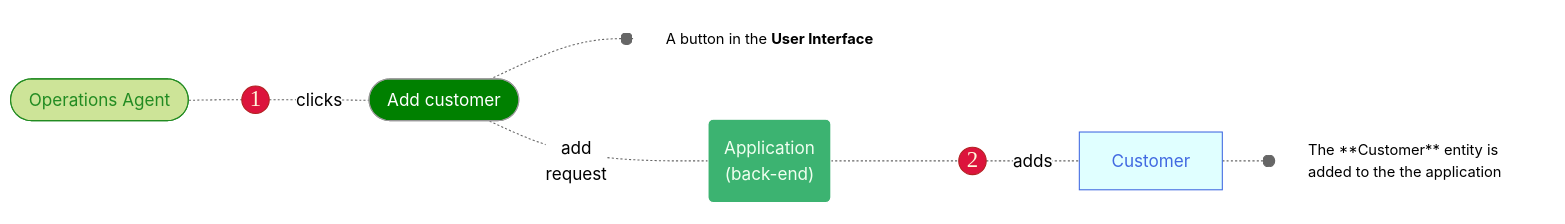
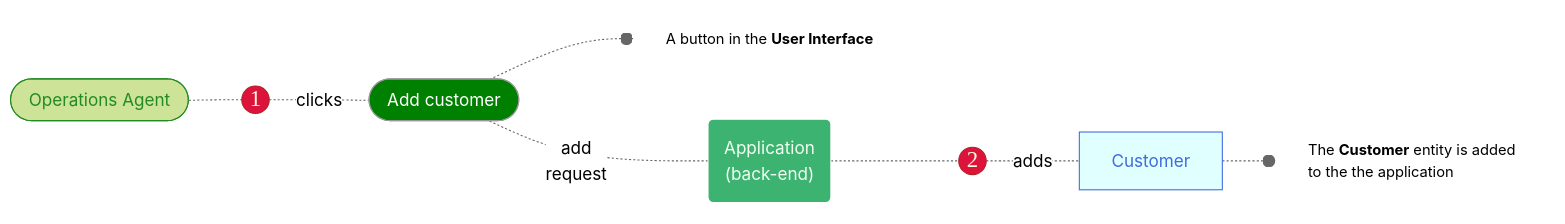
One commit to joe-dorward/samples changed the diagram in 2025_Sage_Playa/mermaid/template_02.md. Above: the diagram before and after it, drawn with Mermaid (neutral theme).

````diff
--- a/2025_Sage_Playa/mermaid/template_02.md
+++ b/2025_Sage_Playa/mermaid/template_02.md
@@ -3,39 +3,39 @@
 ```mermaid
 flowchart LR
 
   %% define styles
   classDef User fill:#cde498, stroke:forestgreen, color:forestgreen;
   classDef Number fill:crimson, color:cornsilk, stroke:firebrick, font-family:verdana, font-size:16pt, padding:10px;
   classDef Button fill:green, color:white;
   classDef Note fill:transparent, stroke:white, text-align:left, font-size: 95%;
 
   classDef Backend fill:mediumseagreen, stroke:white, color:honeydew;
   classDef Entity fill:lightcyan, stroke:royalblue, color:royalblue;
   
   %% ---------- ---------- ---------- ---------- ---------- ---------- ---------- ---------- ---------- ----------
   OPERATIONS_AGENT_01([&nbsp;Operations Agent&nbsp;]):::User
   %% ---------- ---------- ---------- ---------- ---------- ---------- ---------- ---------- ---------- ----------
   1(("1")):::Number
   ADD_CUSTOMER_01([&nbsp;Add customer&nbsp;]):::Button
   ADD_CUSTOMER_01_NOTE["A button in the <b>User Interface</b>"]:::Note
 
   OPERATIONS_AGENT_01-.-
   1-.clicks.-
   ADD_CUSTOMER_01-.-o
   ADD_CUSTOMER_01_NOTE
   %% ---------- ---------- ---------- ---------- ---------- ---------- ---------- ---------- ---------- ----------
   APPLICATION_BACK_END_01("Application<br/>(back-end)"):::Backend
 
   ADD_CUSTOMER_01-.add<br/>request.-
   APPLICATION_BACK_END_01
   %% ---------- ---------- ---------- ---------- ---------- ---------- ---------- ---------- ---------- ----------
   2(("2")):::Number
   CUSTOMER_01["Customer"]:::Entity
-  CUSTOMER_01_NOTE["The **Customer** entity is added to the the application"]:::Note
+  CUSTOMER_01_NOTE["The <b>Customer</b> entity is added to the the application"]:::Note
 
   APPLICATION_BACK_END_01-.-
   2-.adds.-
   CUSTOMER_01-.-o
   CUSTOMER_01_NOTE
 
 ```
````
